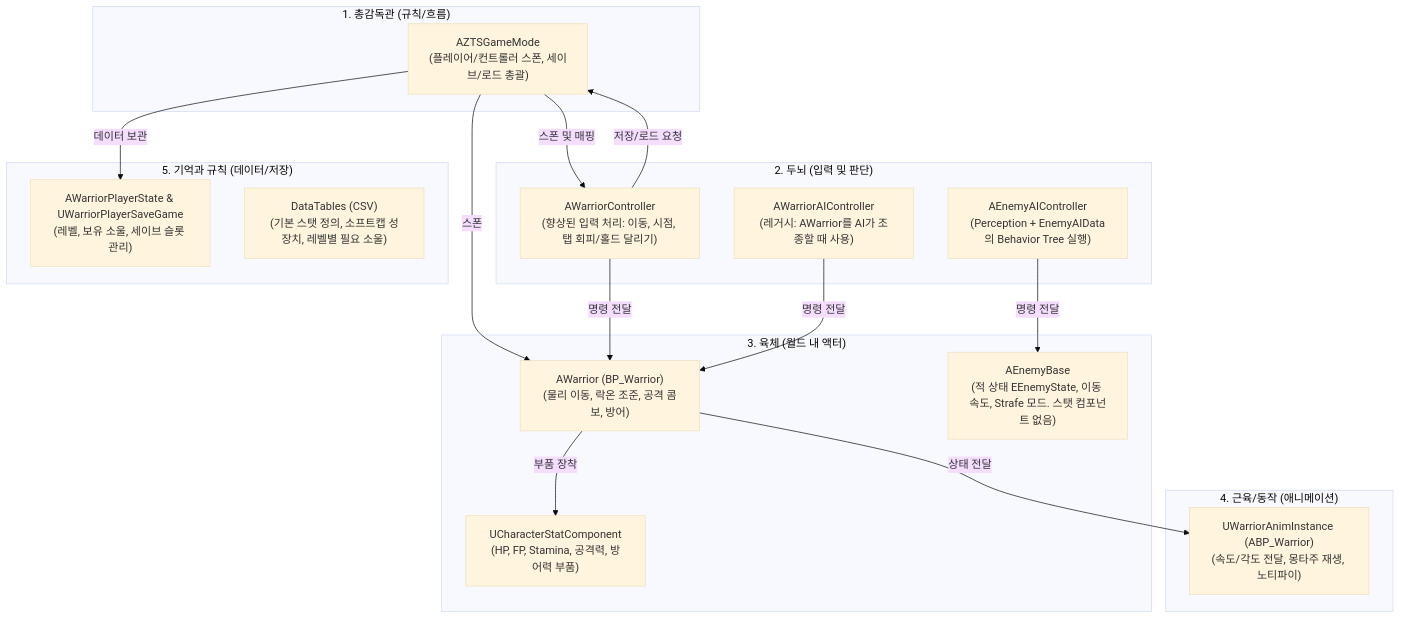
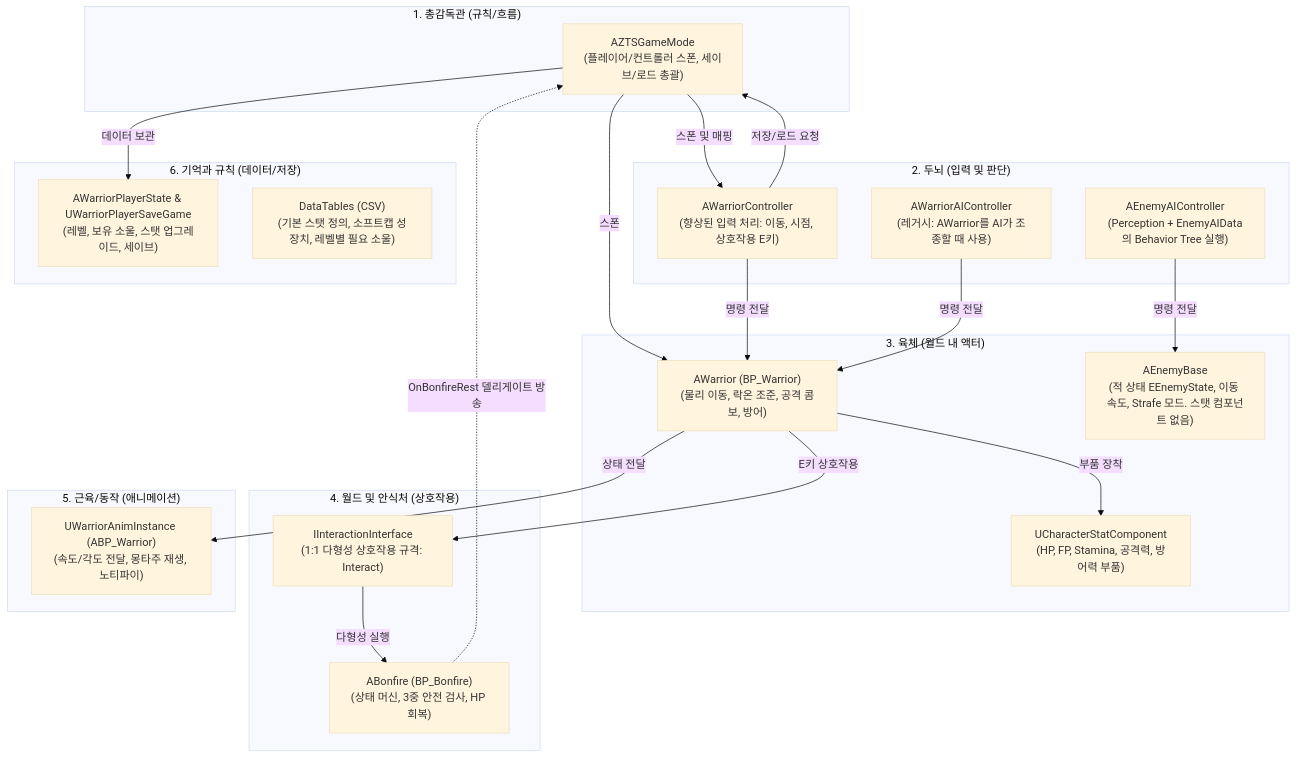
The diagram in PROJECT_GUIDE.md (ahnw00/ZZakTungSoul), drawn with Mermaid (base theme) before and after one commit. The commit also changed other lines of this file and 9 other files, not shown here.

````diff
--- a/PROJECT_GUIDE.md
+++ b/PROJECT_GUIDE.md
@@ -52,37 +53,45 @@
 ```mermaid
 flowchart TD
     subgraph EngineRules ["1. 총감독관 (규칙/흐름)"]
         GameMode["AZTSGameMode\n(플레이어/컨트롤러 스폰, 세이브/로드 총괄)"]
     end
 
     subgraph Mind ["2. 두뇌 (입력 및 판단)"]
-        PC["AWarriorController\n(향상된 입력 처리: 이동, 시점, 탭 회피/홀드 달리기)"]
+        PC["AWarriorController\n(향상된 입력 처리: 이동, 시점, 상호작용 E키)"]
         AI["AWarriorAIController\n(레거시: AWarrior를 AI가 조종할 때 사용)"]
         EAI["AEnemyAIController\n(Perception + EnemyAIData의 Behavior Tree 실행)"]
     end
 
     subgraph Body ["3. 육체 (월드 내 액터)"]
         Pawn["AWarrior (BP_Warrior)\n(물리 이동, 락온 조준, 공격 콤보, 방어)"]
         StatComp["UCharacterStatComponent\n(HP, FP, Stamina, 공격력, 방어력 부품)"]
         Enemy["AEnemyBase\n(적 상태 EEnemyState, 이동 속도, Strafe 모드. 스탯 컴포넌트 없음)"]
     end
 
-    subgraph Expression ["4. 근육/동작 (애니메이션)"]
+    subgraph WorldInteract ["4. 월드 및 안식처 (상호작용)"]
+        Bonfire["ABonfire (BP_Bonfire)\n(상태 머신, 3중 안전 검사, HP 회복)"]
+        IInteract["IInteractionInterface\n(1:1 다형성 상호작용 규격: Interact)"]
+    end
+
+    subgraph Expression ["5. 근육/동작 (애니메이션)"]
         Anim["UWarriorAnimInstance (ABP_Warrior)\n(속도/각도 전달, 몽타주 재생, 노티파이)"]
     end
 
-    subgraph MemoryData ["5. 기억과 규칙 (데이터/저장)"]
-        PState["AWarriorPlayerState & UWarriorPlayerSaveGame\n(레벨, 보유 소울, 세이브 슬롯 관리)"]
+    subgraph MemoryData ["6. 기억과 규칙 (데이터/저장)"]
+        PState["AWarriorPlayerState & UWarriorPlayerSaveGame\n(레벨, 보유 소울, 스탯 업그레이드, 세이브)"]
         DataTables["DataTables (CSV)\n(기본 스탯 정의, 소프트캡 성장치, 레벨별 필요 소울)"]
     end
 
     GameMode -->|스폰 및 매핑| PC
     GameMode -->|스폰| Pawn
     PC -->|명령 전달| Pawn
+    Pawn -->|E키 상호작용| IInteract
+    IInteract -->|다형성 실행| Bonfire
+    Bonfire -.->|OnBonfireRest 델리게이트 방송| GameMode
     AI -->|명령 전달| Pawn
     EAI -->|명령 전달| Enemy
     Pawn -->|부품 장착| StatComp
     Pawn -->|상태 전달| Anim
     PC -->|저장/로드 요청| GameMode
     GameMode -->|데이터 보관| PState
 ```
````
